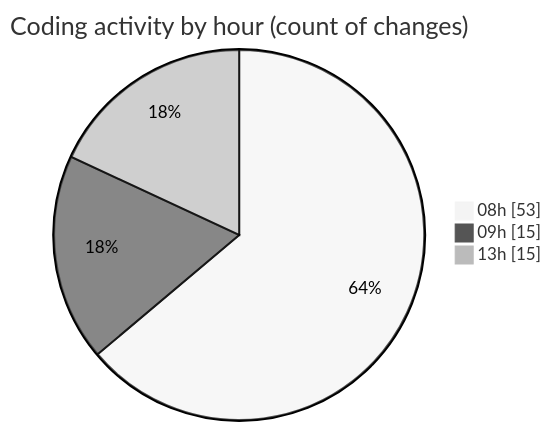
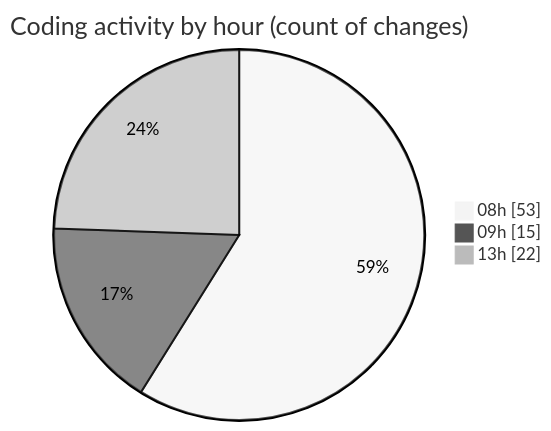
Before and after one commit to momahboobian/code-tracking: the second of 2 diagrams in 2026-05-01/cda/README.md, drawn with Mermaid (neutral theme). The commit also changed other lines of this file and 1 other file, not shown here.

````diff
--- a/2026-05-01/cda/README.md
+++ b/2026-05-01/cda/README.md
@@ -73,7 +73,7 @@
 ```mermaid
 pie showData
 title Coding activity by hour (count of changes)
 "08h" : 53
 "09h" : 15
-"13h" : 15
+"13h" : 22
 ```
````
